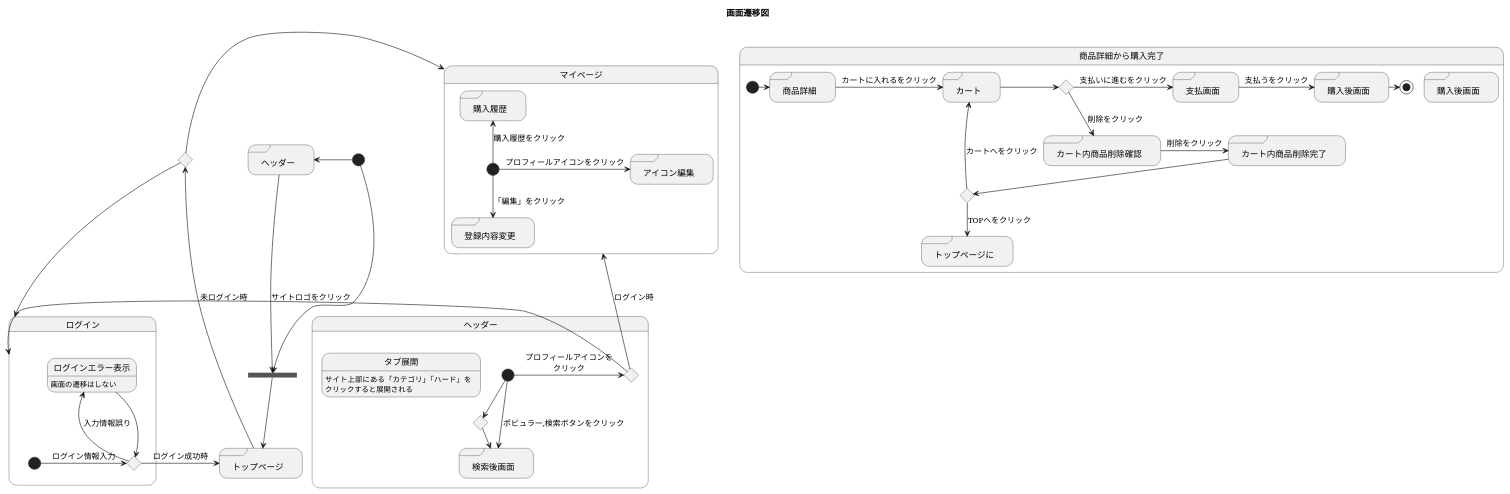
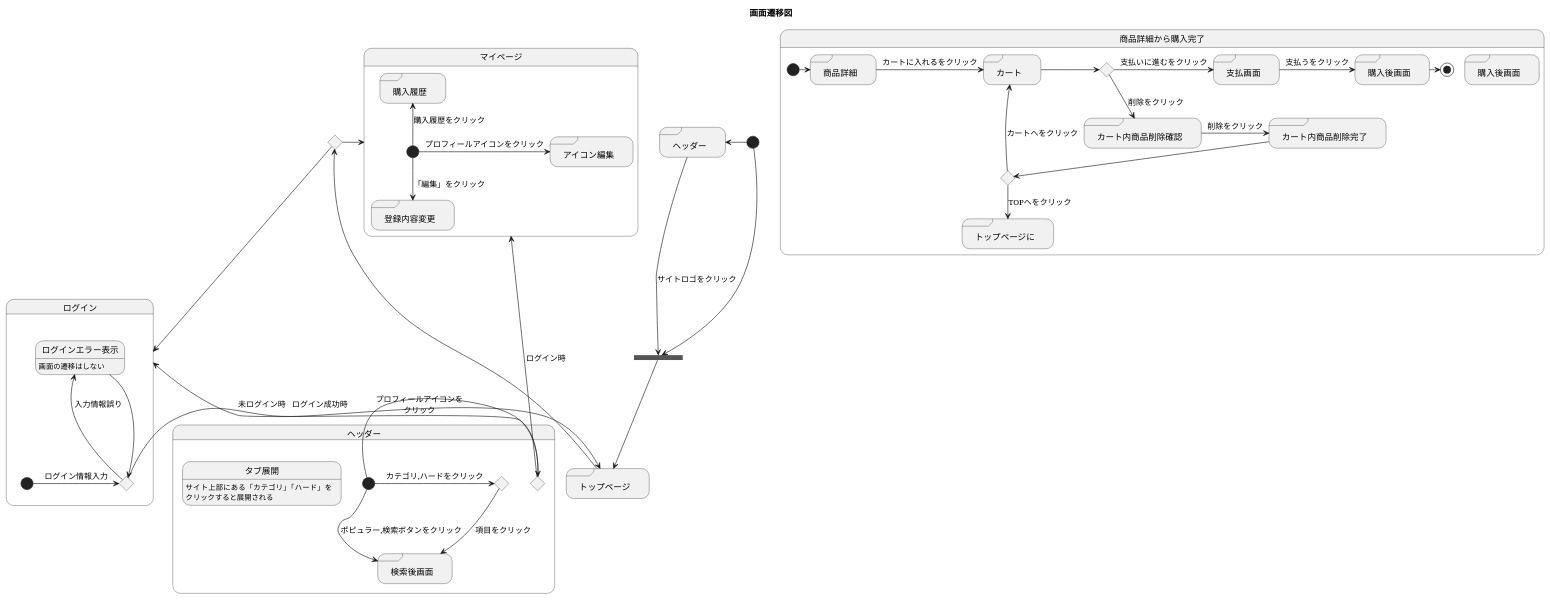
Before and after one commit to akutori/T-D-E: the diagram in UML.md, drawn with PlantUML.

Commit message:
修正

```diff
--- a/UML.md
+++ b/UML.md
@@ -30,12 +30,12 @@
     state タブ展開:サイト上部にある「カテゴリ」「ハード」を\nクリックすると展開される
 
     [*]->ifheadder : プロフィールアイコンを\nクリック
-    ifheadder->ログイン : 未ログイン時
+    ifheadder-up->ログイン : 未ログイン時
     ifheadder-up->マイページ : ログイン時
 
     [*]-->searchinheadder :ポピュラー,検索ボタンをクリック
     [*]-right->ifheadder1 : カテゴリ,ハードをクリック
-    ifheadder1 -> searchinheadder : 項目をクリック
+    ifheadder1 --> searchinheadder : 項目をクリック
 }
 
 state ログイン{
```
